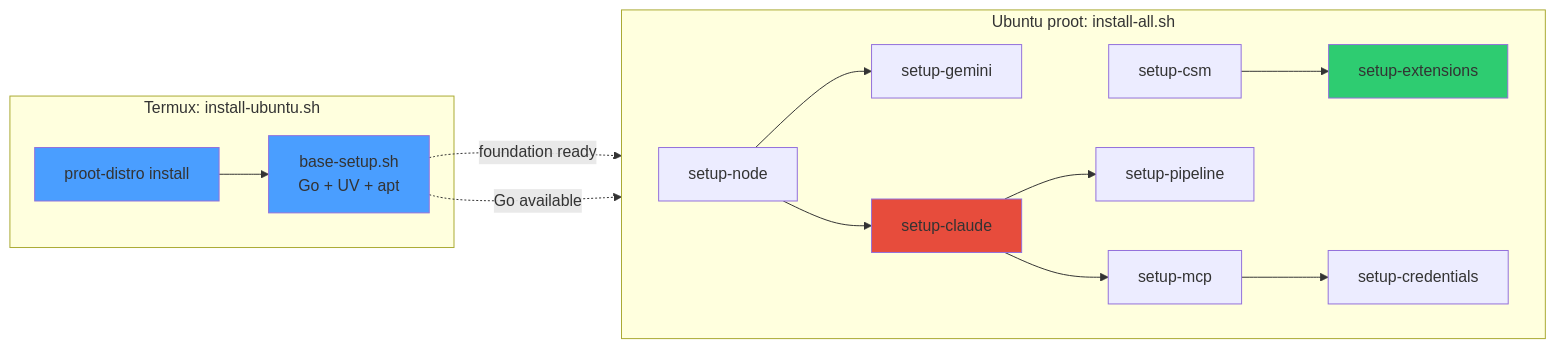
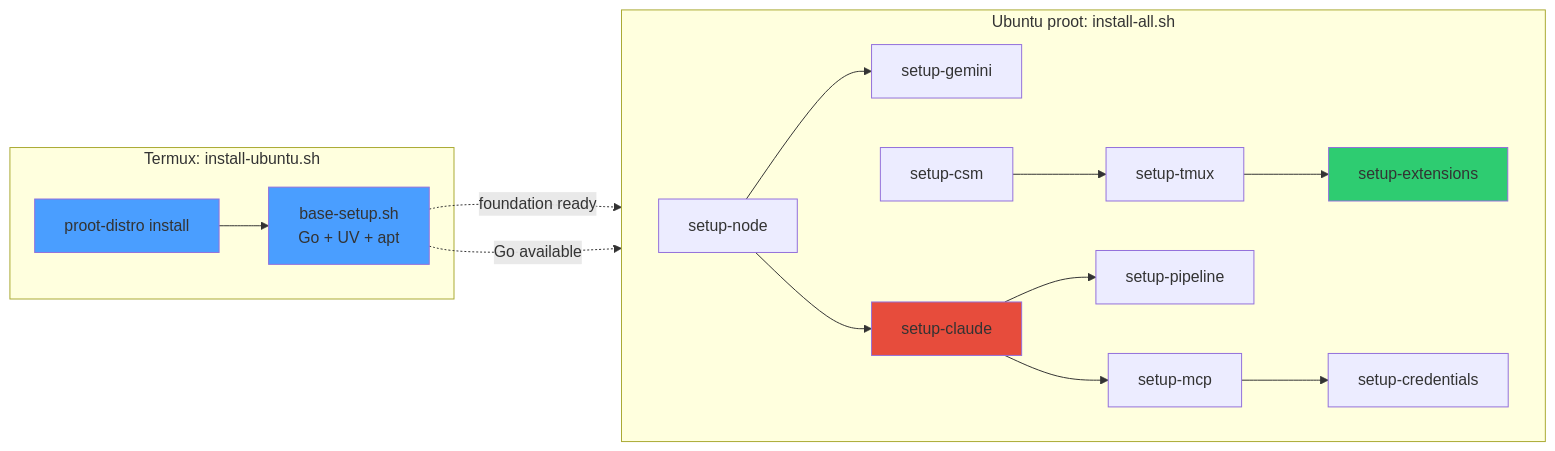
One commit to ancrz/termux-linux-deployer changed the second of 7 diagrams in README.md. Above: the diagram before and after it, drawn with Mermaid. The commit also changed other lines of this file and 4 other files, not shown here.

````diff
--- a/README.md
+++ b/README.md
@@ -65,24 +65,25 @@
 ```mermaid
 flowchart LR
     subgraph "Termux: install-ubuntu.sh"
         UB["proot-distro install"] --> BS["base-setup.sh<br/>Go + UV + apt"]
     end
 
     subgraph "Ubuntu proot: install-all.sh"
         direction LR
         ND["setup-node"] --> GM["setup-gemini"]
         ND --> CL["setup-claude"]
-        CSM["setup-csm"] --> EX["setup-extensions"]
+        CSM["setup-csm"] --> TM["setup-tmux"]
+        TM --> EX["setup-extensions"]
         CL --> PL["setup-pipeline"]
         CL --> MCP["setup-mcp"]
         MCP --> CR["setup-credentials"]
     end
 
     BS -.->|"foundation ready"| ND
     BS -.->|"Go available"| CSM
 
     style BS fill:#4a9eff
     style UB fill:#4a9eff
     style EX fill:#2ecc71
     style CL fill:#e74c3c
 ```
````
